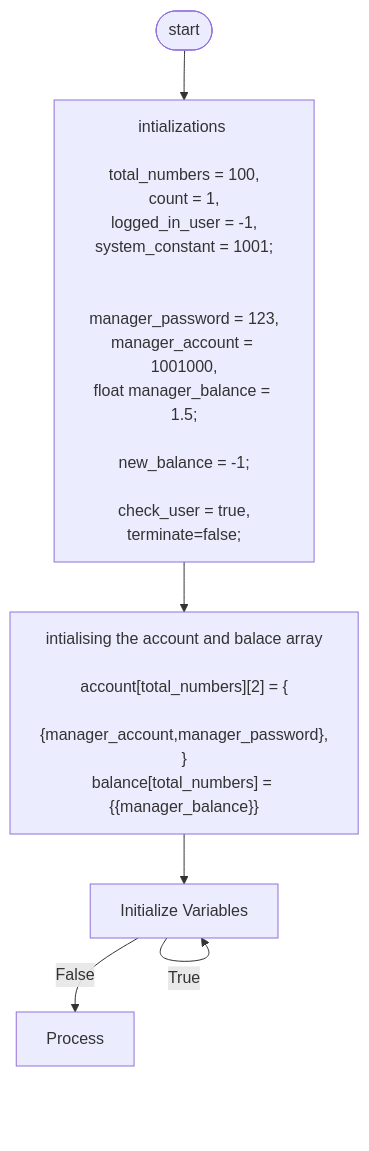
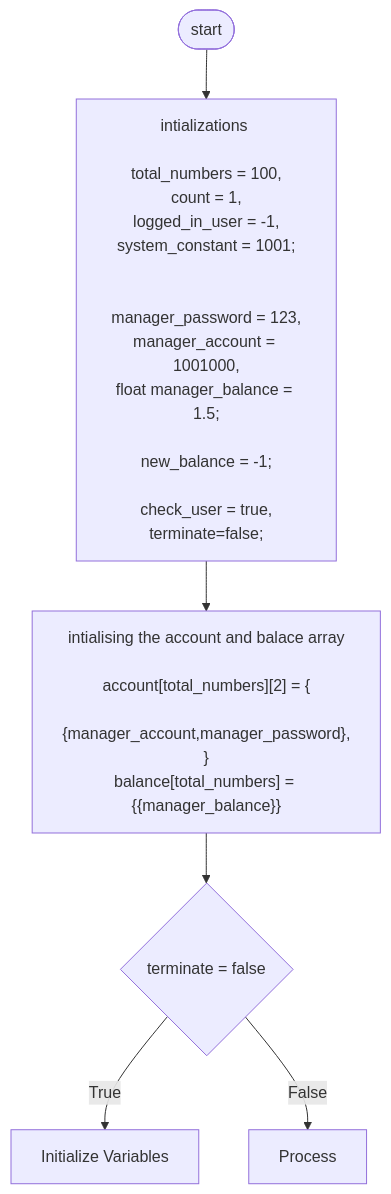
One commit to Ludis-ET/Bank-Account changed the first of 2 diagrams in FoP I/flowchart.md. Above: the diagram before and after it, drawn with Mermaid.

Commit message:
edit the loop

````diff
--- a/FoP I/flowchart.md
+++ b/FoP I/flowchart.md
@@ -1,41 +1,41 @@
 ```mermaid
     flowchart TD;
     A([start])-->B["
     intializations 
 
     total_numbers = 100,
     count = 1,
     logged_in_user = -1,
     system_constant = 1001;
 
 
     manager_password = 123,
     manager_account = 1001000,
     float manager_balance = 1.5;
     
     new_balance = -1;
 
     check_user = true,
     terminate=false;
     
     "];
 
 
     B-->C["
     
     intialising the account and balace array
 
     account[total_numbers][2] = {
         {manager_account,manager_password},
     }
     balance[total_numbers] = {{manager_balance}}
 
     "];
 
 
     C-->D{terminate = false}
-    D -->|True| D[Initialize Variables]
+    D -->|True| E[Initialize Variables]
 
 
     D -->|False| F[Process]
 ```
````
